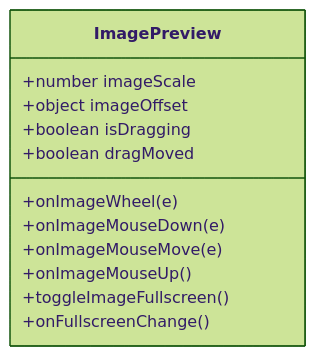
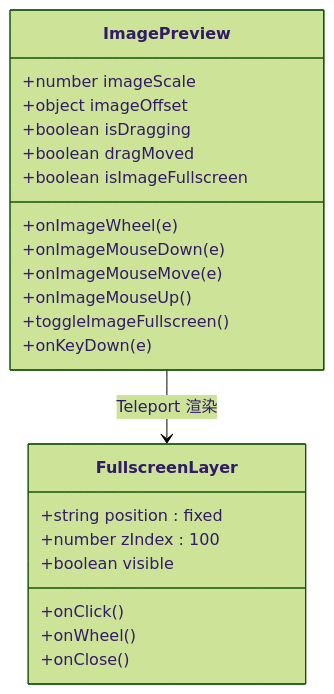
Before and after one commit to cyu100235/lingjing-ai: the fourth of 8 diagrams in .qoder/repowiki/zh/content/前端开发/页面组件/资产管理页面/资产预览模态框.md, drawn with Mermaid (forest theme). The commit also changed other lines of this file and 14 other files, not shown here.

First line of the commit message:
docs(repoviki): 重构资产预览模态框图片全屏功能

````diff
--- a/.qoder/repowiki/zh/content/前端开发/页面组件/资产管理页面/资产预览模态框.md
+++ b/.qoder/repowiki/zh/content/前端开发/页面组件/资产管理页面/资产预览模态框.md
@@ -154,15 +187,25 @@
 ```mermaid
 classDiagram
 class ImagePreview {
 +number imageScale
 +object imageOffset
 +boolean isDragging
 +boolean dragMoved
++boolean isImageFullscreen
 +onImageWheel(e)
 +onImageMouseDown(e)
 +onImageMouseMove(e)
 +onImageMouseUp()
 +toggleImageFullscreen()
-+onFullscreenChange()
++onKeyDown(e)
 }
+class FullscreenLayer {
++string position : fixed
++number zIndex : 100
++boolean visible
++onClick()
++onWheel()
++onClose()
+}
+ImagePreview --> FullscreenLayer : Teleport 渲染
 ```
````
